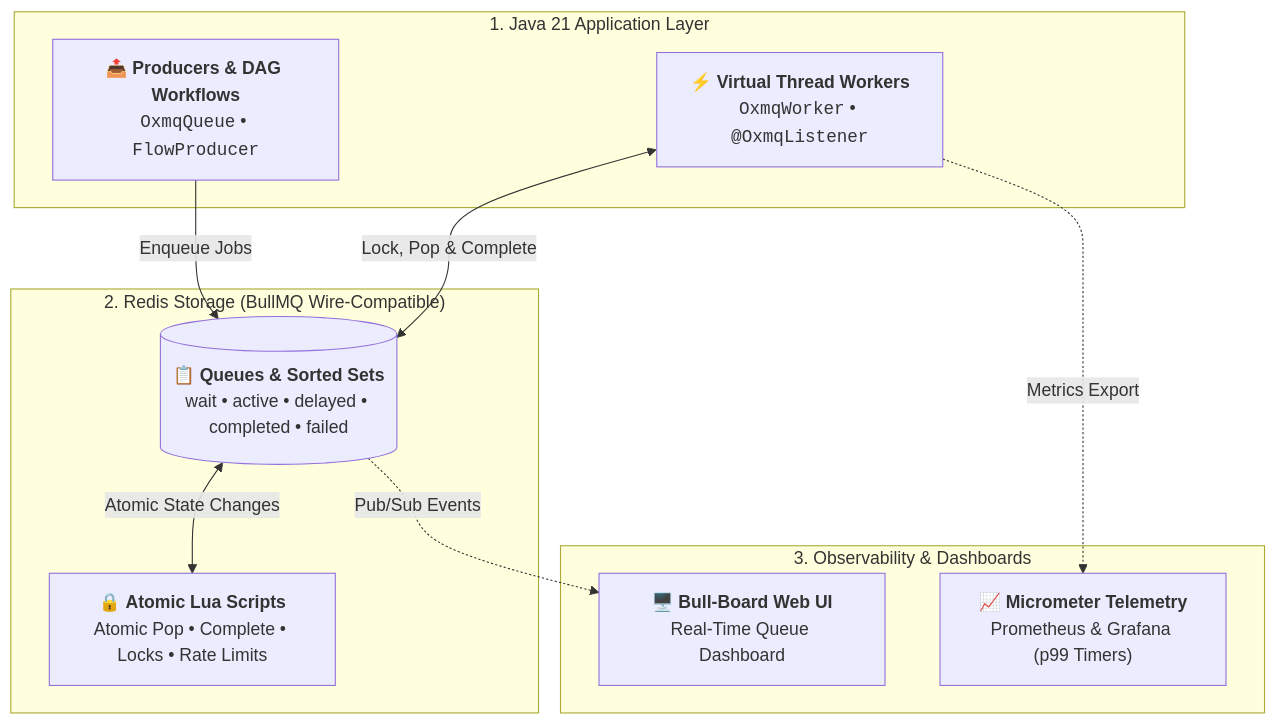
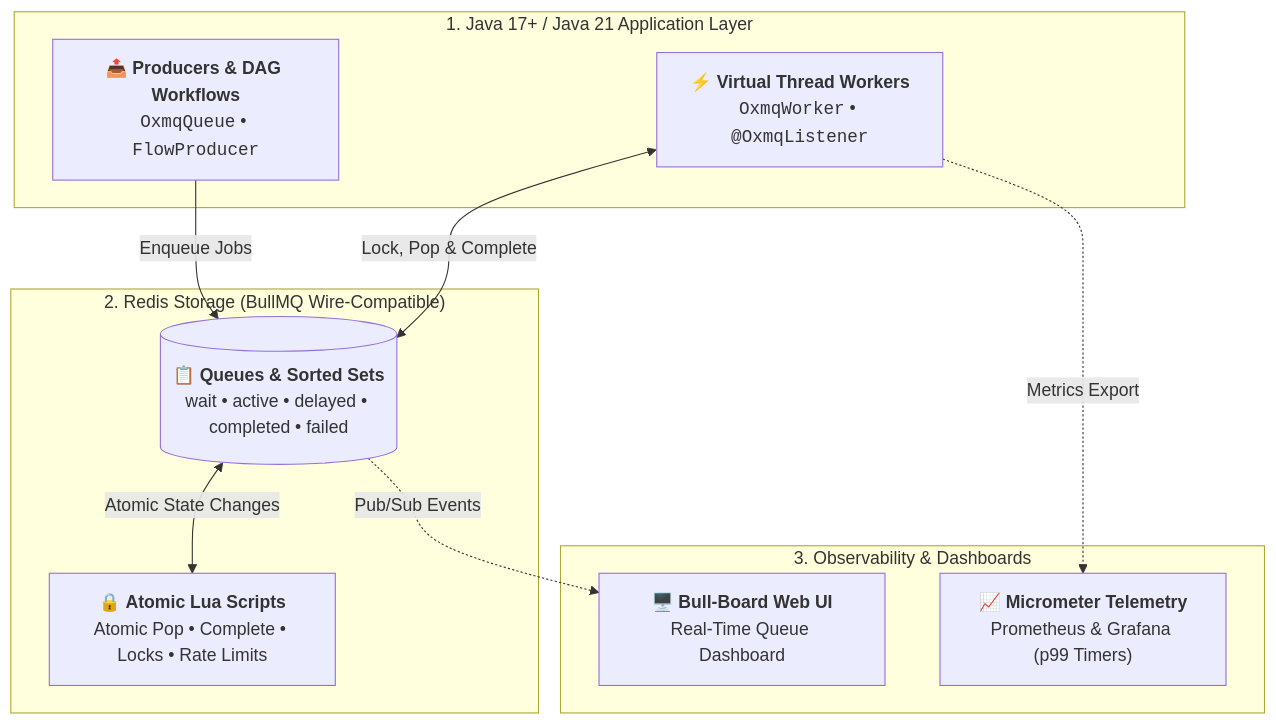
Before and after one commit to gaurav10610/oxmq: the diagram in README.md, drawn with Mermaid. The commit also changed other lines of this file and 21 other files, not shown here.

````diff
--- a/README.md
+++ b/README.md
@@ -84,23 +84,23 @@
 ```mermaid
 flowchart TD
-    subgraph App["1. Java 21 Application Layer"]
+    subgraph App["1. Java 17+ / Java 21 Application Layer"]
         Producer["📤 <b>Producers &amp; DAG Workflows</b><br/><code>OxmqQueue</code> • <code>FlowProducer</code>"]
         Worker["⚡ <b>Virtual Thread Workers</b><br/><code>OxmqWorker</code> • <code>@OxmqListener</code>"]
     end
 
     subgraph Redis["2. Redis Storage (BullMQ Wire-Compatible)"]
         Queues[("📋 <b>Queues &amp; Sorted Sets</b><br/>wait • active • delayed • completed • failed")]
         Lua["🔒 <b>Atomic Lua Scripts</b><br/>Atomic Pop • Complete • Locks • Rate Limits"]
     end
 
     subgraph Monitoring["3. Observability &amp; Dashboards"]
         BullBoard["🖥️ <b>Bull-Board Web UI</b><br/>Real-Time Queue Dashboard"]
         Prometheus["📈 <b>Micrometer Telemetry</b><br/>Prometheus &amp; Grafana (p99 Timers)"]
     end
 
     Producer -->|Enqueue Jobs| Queues
     Worker <-->|Lock, Pop &amp; Complete| Queues
     Queues <-->|Atomic State Changes| Lua
     Queues -.->|Pub/Sub Events| BullBoard
     Worker -.->|Metrics Export| Prometheus
 ```
````
